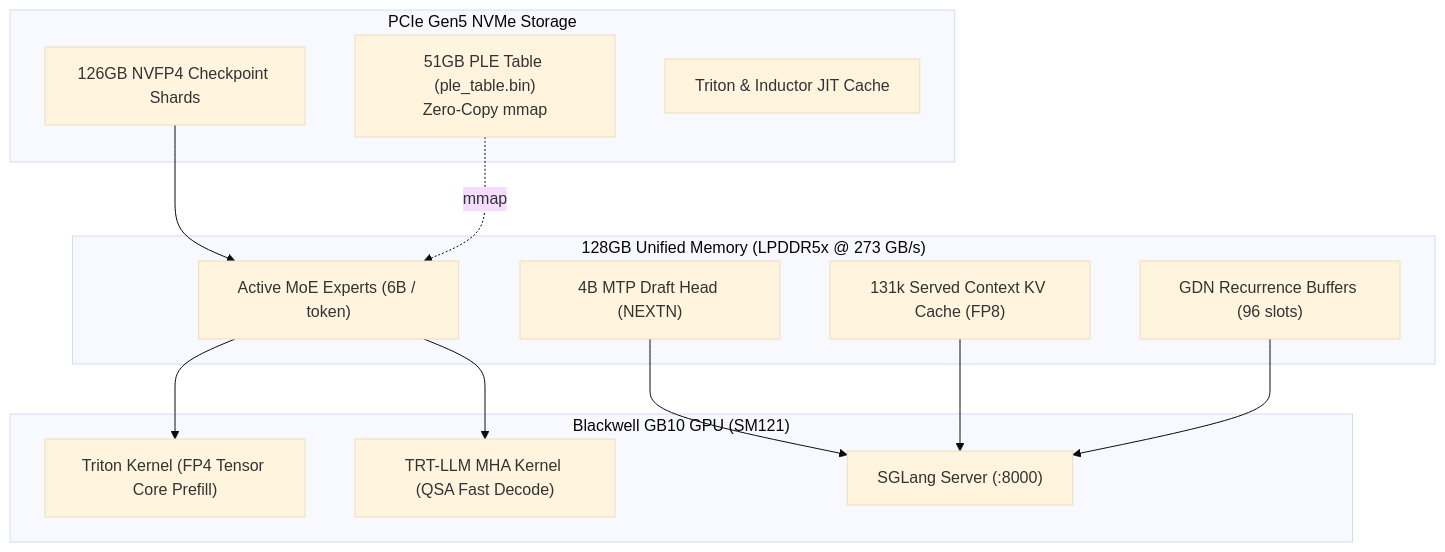
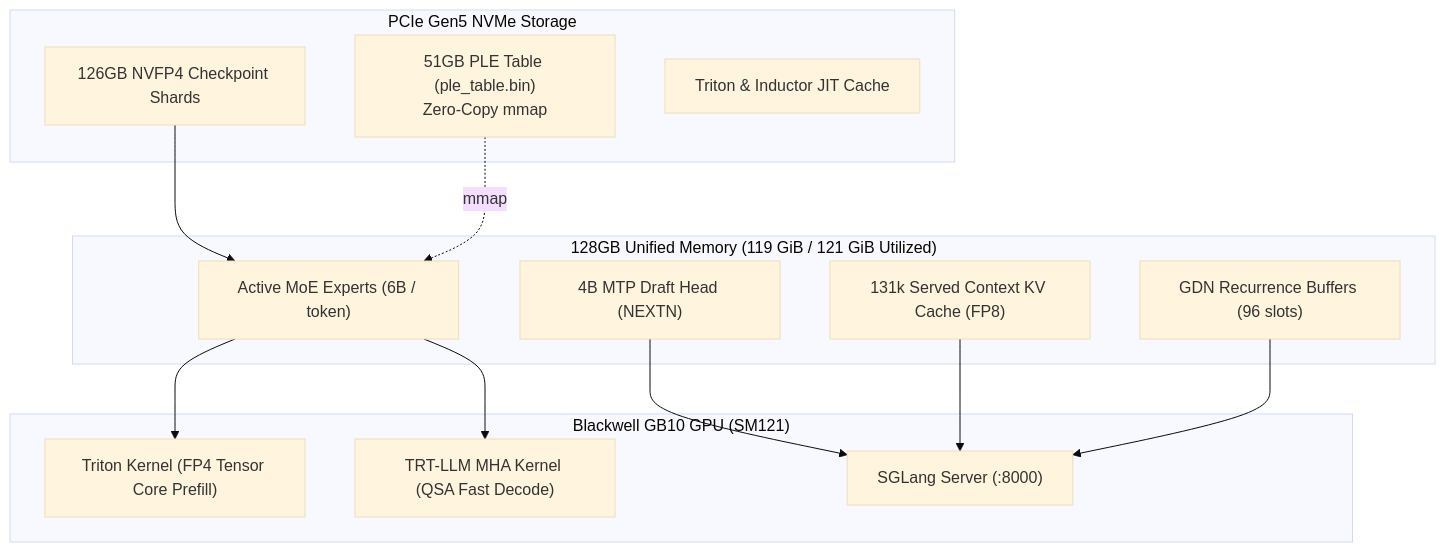
Before and after one commit to bemlerlabs/qwen3.8-flash-next-dgx-spark-sglang: the diagram in README.md, drawn with Mermaid (base theme). The commit also changed other lines of this file and 2 other files, not shown here.

````diff
--- a/README.md
+++ b/README.md
@@ -21,29 +21,29 @@
 ```mermaid
 graph TD
     subgraph Storage ["PCIe Gen5 NVMe Storage"]
         PLE["51GB PLE Table (ple_table.bin)<br/>Zero-Copy mmap"]
         Weights["126GB NVFP4 Checkpoint Shards"]
         Cache["Triton & Inductor JIT Cache"]
     end
 
-    subgraph Memory ["128GB Unified Memory (LPDDR5x @ 273 GB/s)"]
+    subgraph Memory ["128GB Unified Memory (119 GiB / 121 GiB Utilized)"]
         Active["Active MoE Experts (6B / token)"]
         KV["131k Served Context KV Cache (FP8)"]
         Mamba["GDN Recurrence Buffers (96 slots)"]
         MTP["4B MTP Draft Head (NEXTN)"]
     end
 
     subgraph Execution ["Blackwell GB10 GPU (SM121)"]
         TritonPrefill["Triton Kernel (FP4 Tensor Core Prefill)"]
         TRTLLMDecode["TRT-LLM MHA Kernel (QSA Fast Decode)"]
         Engine["SGLang Server (:8000)"]
     end
 
     Weights --> Active
     PLE -.->|mmap| Active
     Active --> TritonPrefill
     Active --> TRTLLMDecode
     MTP --> Engine
     KV --> Engine
     Mamba --> Engine
 ```
````
